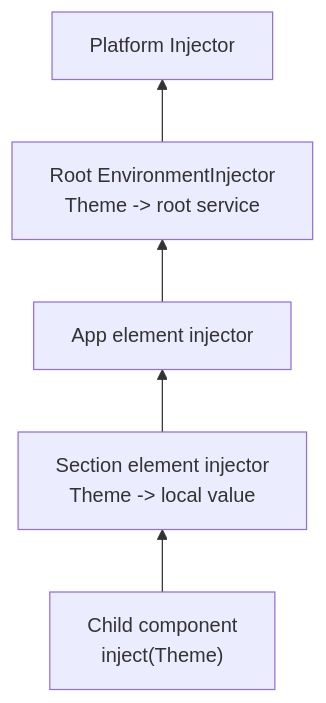
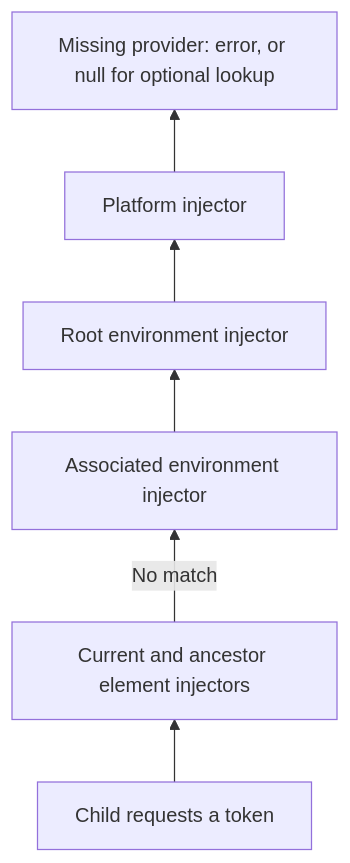
One commit to theo-matzavinos/dump changed the second of 2 diagrams in src/content/blog/angular-dependency-injection.md. Above: the diagram before and after it, drawn with Mermaid. The commit also changed other lines of this file, not shown here.

````diff
--- a/src/content/blog/angular-dependency-injection.md
+++ b/src/content/blog/angular-dependency-injection.md
@@ -571,10 +233,8 @@
 ```mermaid
 flowchart BT
-  Child["Child component\ninject(Theme)"]
-  Section["Section element injector\nTheme -> local value"]
-  App["App element injector"]
-  Root["Root EnvironmentInjector\nTheme -> root service"]
-  Platform["Platform Injector"]
-
-  Child --> Section --> App --> Root --> Platform
+    Child[Child requests a token] --> Local[Current and ancestor element injectors]
+    Local -->|No match| Route[Associated environment injector]
+    Route --> Root[Root environment injector]
+    Root --> Platform[Platform injector]
+    Platform --> Missing[Missing provider: error, or null for optional lookup]
 ```
````
